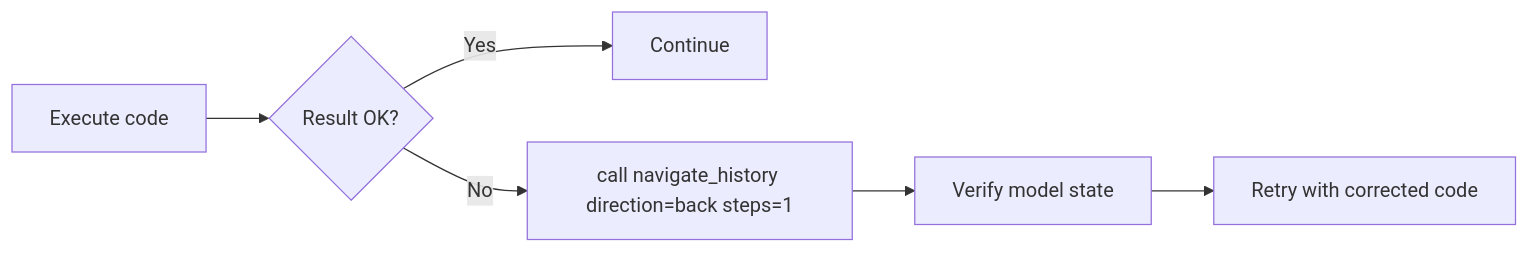
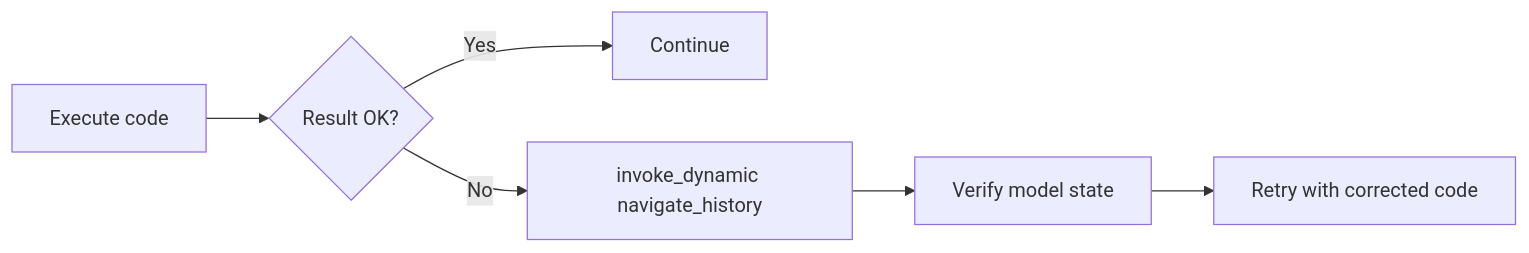
Before and after one commit to trgiangv/RevitDevTool: the third of 4 diagrams in docs/architecture/MCP/workflows.md, drawn with Mermaid. The commit also changed other lines of this file and 32 other files, not shown here.

First line of the commit message:
docs(mcp): platform architecture and product contracts for SDK 2.0

````diff
--- a/docs/architecture/MCP/workflows.md
+++ b/docs/architecture/MCP/workflows.md
@@ -49,8 +42,8 @@
 ```mermaid
 flowchart LR
     A[Execute code] --> B{Result OK?}
     B -->|Yes| C[Continue]
-    B -->|No| D[call navigate_history direction=back steps=1]
+    B -->|No| D[invoke_dynamic navigate_history]
     D --> E[Verify model state]
     E --> F[Retry with corrected code]
 ```
````
